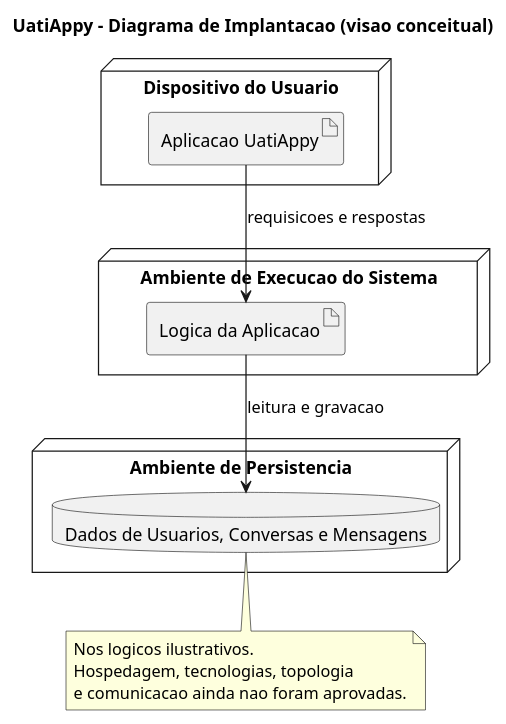
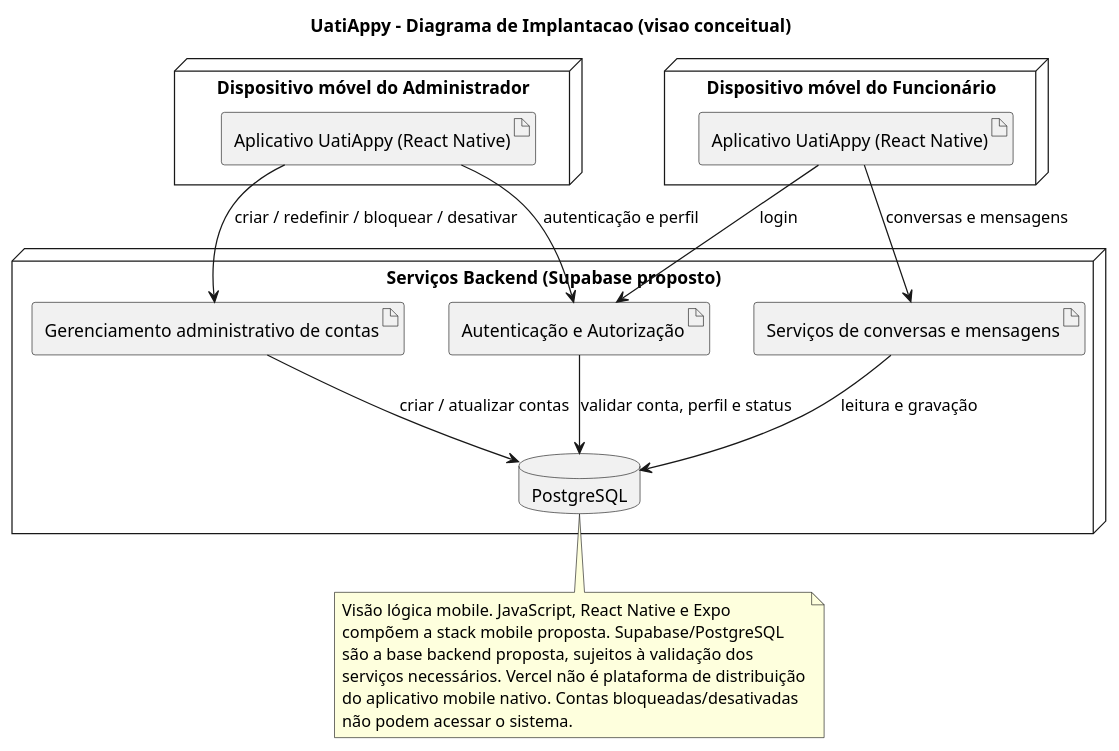
The fifth of 10 diagrams in Docs/requisitos/escopo-mvp.md (daviwanziler/uatiappy-vdois), drawn with PlantUML before and after one commit. The commit also changed other lines of this file and 3 other files, not shown here.

First line of the commit message:
docs: atualizar acesso administrativo e arquitetura mobile

````diff
--- a/Docs/requisitos/escopo-mvp.md
+++ b/Docs/requisitos/escopo-mvp.md
@@ -333,26 +396,35 @@
 ```plantuml
 @startuml
 title UatiAppy - Diagrama de Implantacao (visao conceitual)
 
-node "Dispositivo do Usuario" as DEVICE {
-  artifact "Aplicacao UatiAppy" as APP
+node "Dispositivo móvel do Administrador" as ADMINDEVICE {
+  artifact "Aplicativo UatiAppy (React Native)" as ADMINAPP
+}
+node "Dispositivo móvel do Funcionário" as USERDEVICE {
+  artifact "Aplicativo UatiAppy (React Native)" as USERAPP
+}
+node "Serviços Backend (Supabase proposto)" as BACKEND {
+  artifact "Autenticação e Autorização" as AUTH
+  artifact "Gerenciamento administrativo de contas" as ACCOUNT
+  artifact "Serviços de conversas e mensagens" as CHAT
+  database "PostgreSQL" as DB
 }
 
-node "Ambiente de Execucao do Sistema" as SERVER {
-  artifact "Logica da Aplicacao" as LOGIC
-}
-
-node "Ambiente de Persistencia" as STORAGE {
-  database "Dados de Usuarios, Conversas e Mensagens" as DB
-}
-
-APP --> LOGIC : requisicoes e respostas
-LOGIC --> DB : leitura e gravacao
+ADMINAPP --> AUTH : autenticação e perfil
+USERAPP --> AUTH : login
+ADMINAPP --> ACCOUNT : criar / redefinir / bloquear / desativar
+USERAPP --> CHAT : conversas e mensagens
+AUTH --> DB : validar conta, perfil e status
+ACCOUNT --> DB : criar / atualizar contas
+CHAT --> DB : leitura e gravação
 
 note bottom
-  Nos logicos ilustrativos.
-  Hospedagem, tecnologias, topologia
-  e comunicacao ainda nao foram aprovadas.
+  Visão lógica mobile. JavaScript, React Native e Expo
+  compõem a stack mobile proposta. Supabase/PostgreSQL
+  são a base backend proposta, sujeitos à validação dos
+  serviços necessários. Vercel não é plataforma de distribuição
+  do aplicativo mobile nativo. Contas bloqueadas/desativadas
+  não podem acessar o sistema.
 end note
 @enduml
 ```
````
